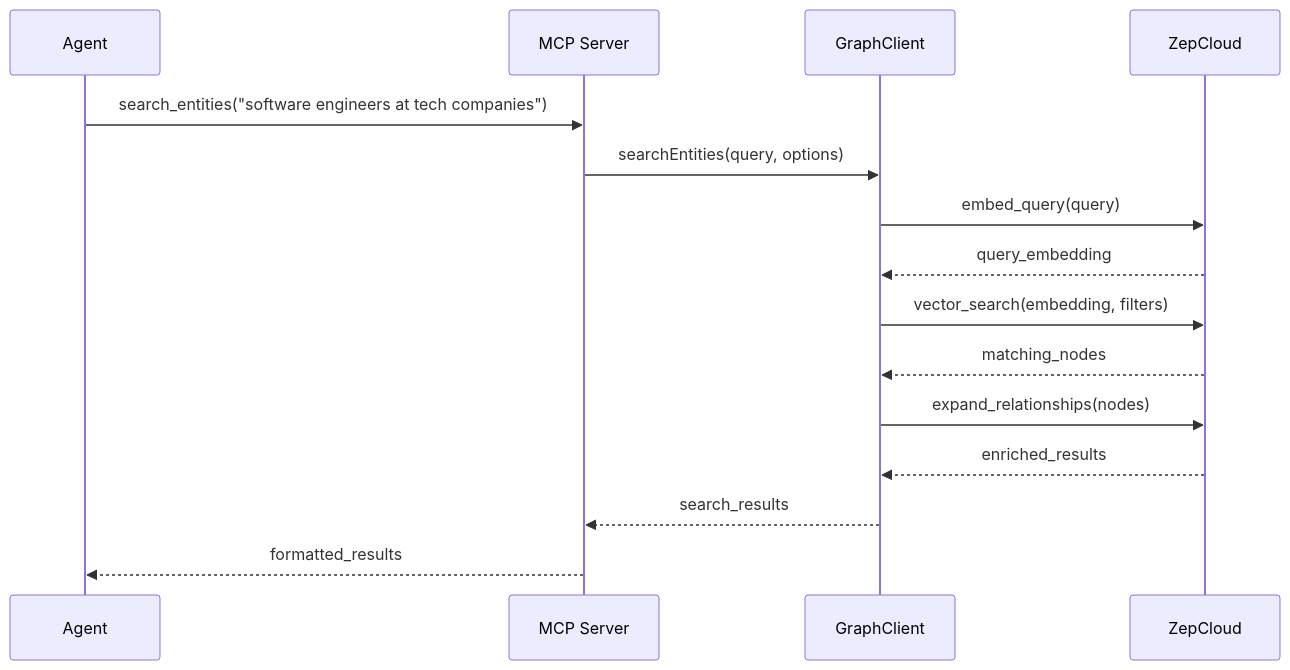
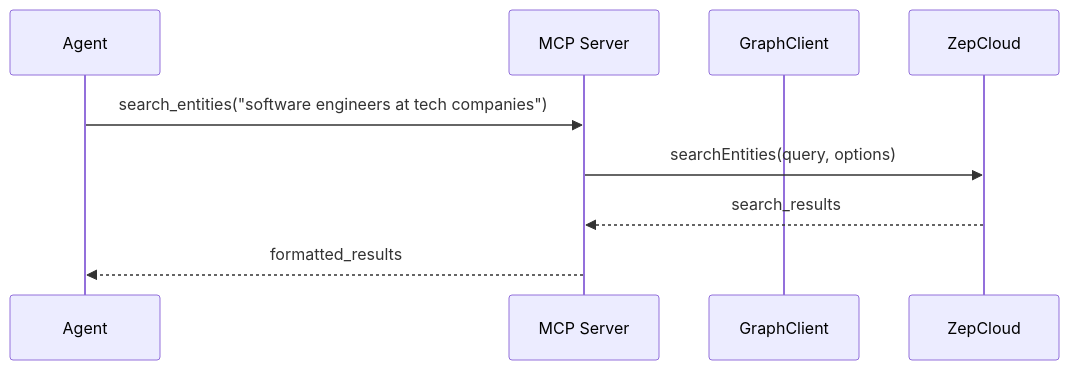
One commit to leovigna/agent-coeus changed the third of 7 diagrams in ARCHITECTURE.md. Above: the diagram before and after it, drawn with Mermaid. The commit also changed other lines of this file and 3 other files, not shown here.

Commit message:
fix architecture/templates rule

````diff
--- a/ARCHITECTURE.md
+++ b/ARCHITECTURE.md
@@ -197,18 +157,12 @@
 ```mermaid
 sequenceDiagram
     participant Agent
     participant MCP as MCP Server
     participant GraphClient
     participant ZepCloud
 
     Agent->>MCP: search_entities("software engineers at tech companies")
-    MCP->>GraphClient: searchEntities(query, options)
-    GraphClient->>ZepCloud: embed_query(query)
-    ZepCloud-->>GraphClient: query_embedding
-    GraphClient->>ZepCloud: vector_search(embedding, filters)
-    ZepCloud-->>GraphClient: matching_nodes
-    GraphClient->>ZepCloud: expand_relationships(nodes)
-    ZepCloud-->>GraphClient: enriched_results
-    GraphClient-->>MCP: search_results
+    MCP->>ZepCloud: searchEntities(query, options)
+    ZepCloud-->>MCP: search_results
     MCP-->>Agent: formatted_results
 ```
````
